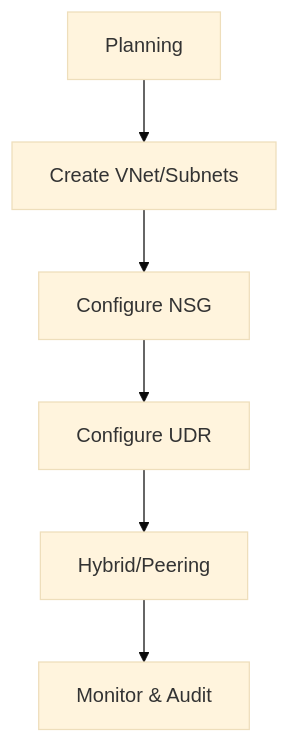
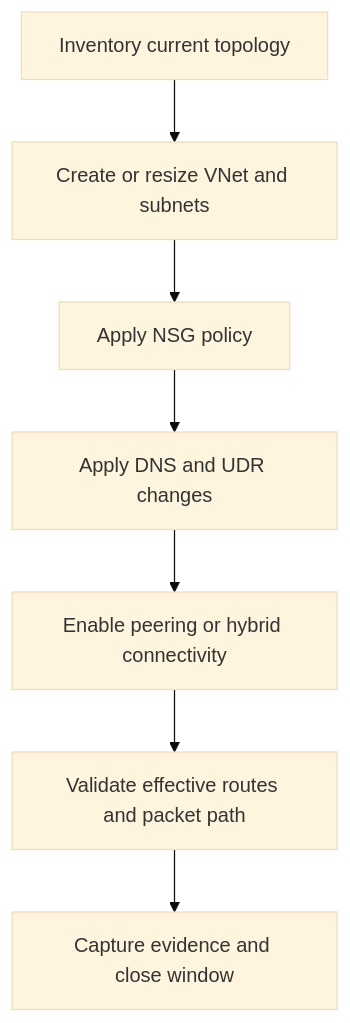
The diagram in docs/operations/index.md (yeongseon/azure-networking-practical-guide), drawn with Mermaid (base theme) before and after one commit. The commit also changed other lines of this file and 10 other files, not shown here.

````diff
--- a/docs/operations/index.md
+++ b/docs/operations/index.md
@@ -31,8 +33,9 @@
 ```mermaid
-graph TD
-    Start[Planning] --> VNet[Create VNet/Subnets]
-    VNet --> Security[Configure NSG]
-    Security --> Routing[Configure UDR]
-    Routing --> Connectivity[Hybrid/Peering]
-    Connectivity --> Monitoring[Monitor & Audit]
+flowchart TD
+    A[Inventory current topology] --> B[Create or resize VNet and subnets]
+    B --> C[Apply NSG policy]
+    C --> D[Apply DNS and UDR changes]
+    D --> E[Enable peering or hybrid connectivity]
+    E --> F[Validate effective routes and packet path]
+    F --> G[Capture evidence and close window]
 ```
````
